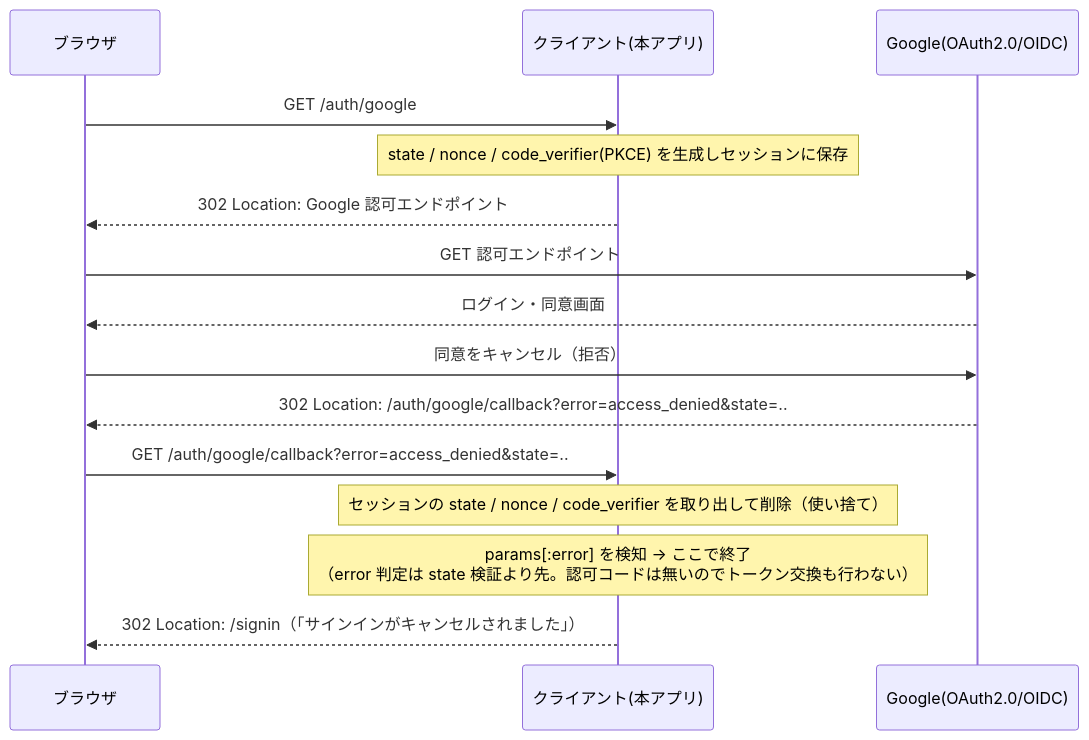
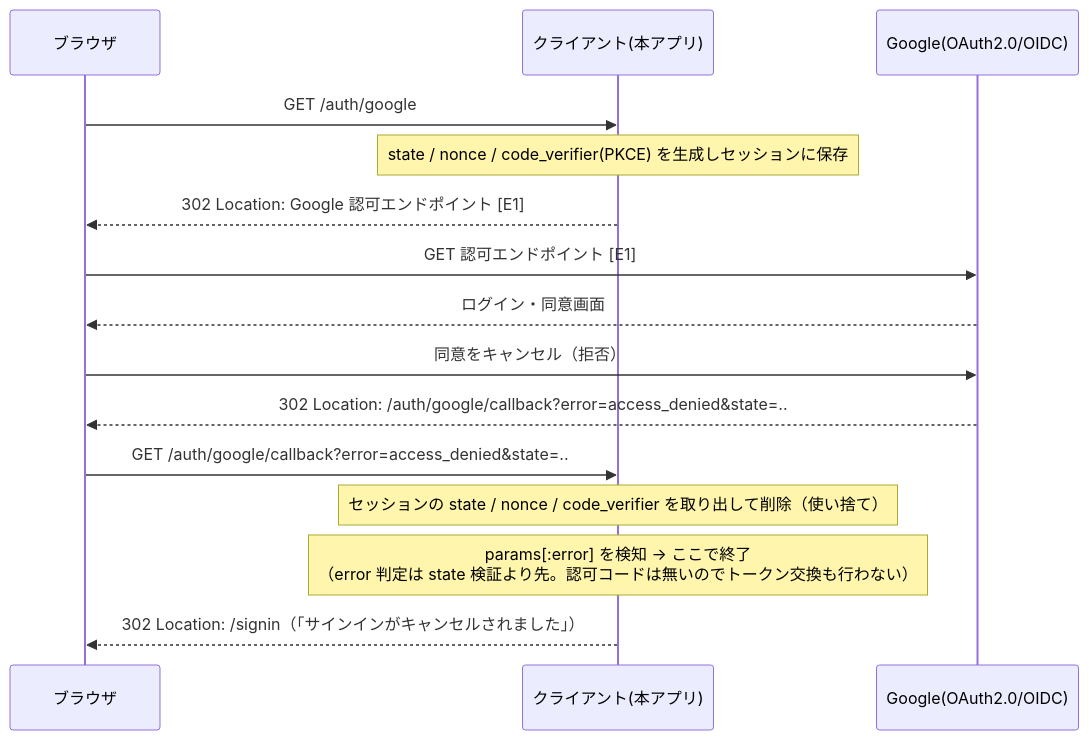
Before and after one commit to shimejii/rails-oidc-demo: the second of 5 diagrams in README.md, drawn with Mermaid. The commit also changed other lines of this file, not shown here.

````diff
--- a/README.md
+++ b/README.md
@@ -163,20 +220,20 @@
 ```mermaid
 sequenceDiagram
     participant B as ブラウザ
     participant C as クライアント(本アプリ)
     participant G as Google(OAuth2.0/OIDC)
 
     B->>C: GET /auth/google
     Note over C: state / nonce / code_verifier(PKCE) を生成しセッションに保存
-    C-->>B: 302 Location: Google 認可エンドポイント
+    C-->>B: 302 Location: Google 認可エンドポイント [E1]
 
-    B->>G: GET 認可エンドポイント
+    B->>G: GET 認可エンドポイント [E1]
     G-->>B: ログイン・同意画面
     B->>G: 同意をキャンセル（拒否）
     G-->>B: 302 Location: /auth/google/callback?error=access_denied&state=..
 
     B->>C: GET /auth/google/callback?error=access_denied&state=..
     Note over C: セッションの state / nonce / code_verifier を取り出して削除（使い捨て）
     Note over C: params[:error] を検知 → ここで終了<br/>（error 判定は state 検証より先。認可コードは無いのでトークン交換も行わない）
     C-->>B: 302 Location: /signin（「サインインがキャンセルされました」）
 ```
````
